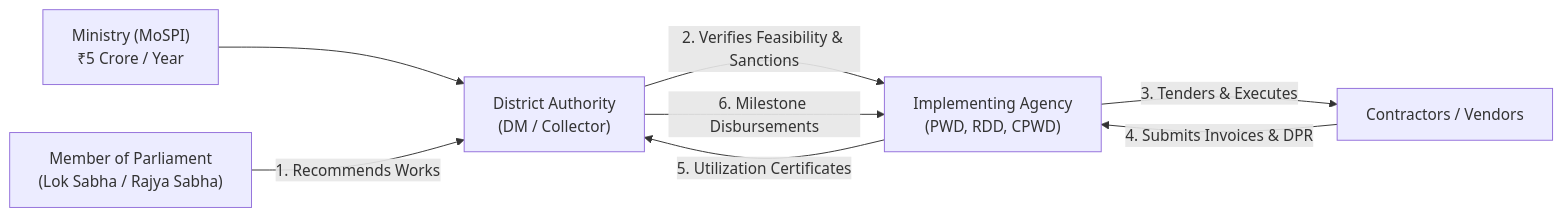
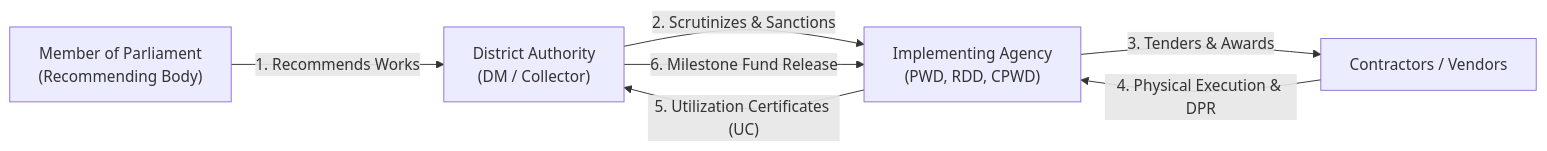
The first of 7 diagrams in README.md (EvilLucifer00/MPLAD-Risk-Monitor), drawn with Mermaid before and after one commit. The commit also changed other lines of this file, not shown here.

````diff
--- a/README.md
+++ b/README.md
@@ -68,10 +79,9 @@
 ```mermaid
 flowchart LR
-    A["Ministry (MoSPI)<br/>₹5 Crore / Year"] --> B["District Authority<br/>(DM / Collector)"]
-    C["Member of Parliament<br/>(Lok Sabha / Rajya Sabha)"] -- "1. Recommends Works" --> B
-    B -- "2. Verifies Feasibility & Sanctions" --> D["Implementing Agency<br/>(PWD, RDD, CPWD)"]
-    D -- "3. Tenders & Executes" --> E["Contractors / Vendors"]
-    E -- "4. Submits Invoices & DPR" --> D
-    D -- "5. Utilization Certificates" --> B
-    B -- "6. Milestone Disbursements" --> D
+    MP["Member of Parliament<br/>(Recommending Body)"] -- "1. Recommends Works" --> DA["District Authority<br/>(DM / Collector)"]
+    DA -- "2. Scrutinizes & Sanctions" --> IA["Implementing Agency<br/>(PWD, RDD, CPWD)"]
+    IA -- "3. Tenders & Awards" --> V["Contractors / Vendors"]
+    V -- "4. Physical Execution & DPR" --> IA
+    IA -- "5. Utilization Certificates (UC)" --> DA
+    DA -- "6. Milestone Fund Release" --> IA
 ```
````
